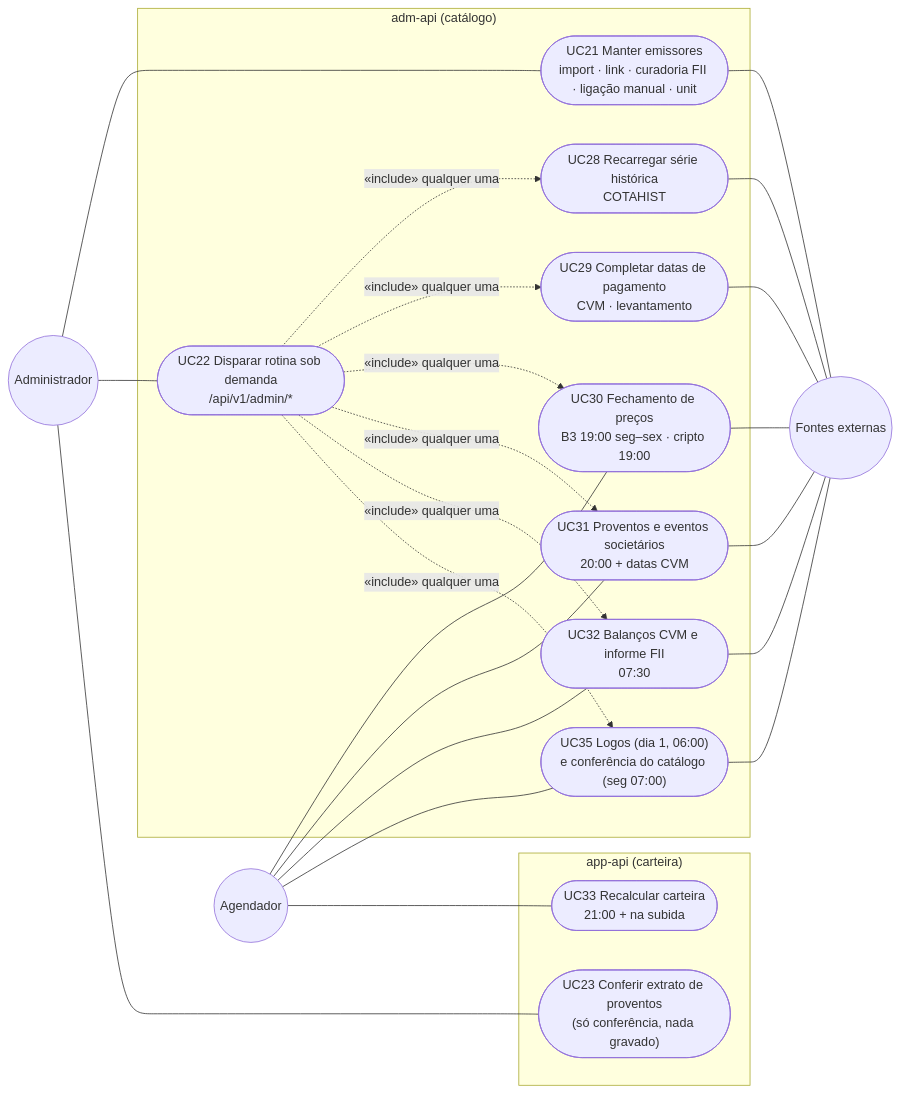
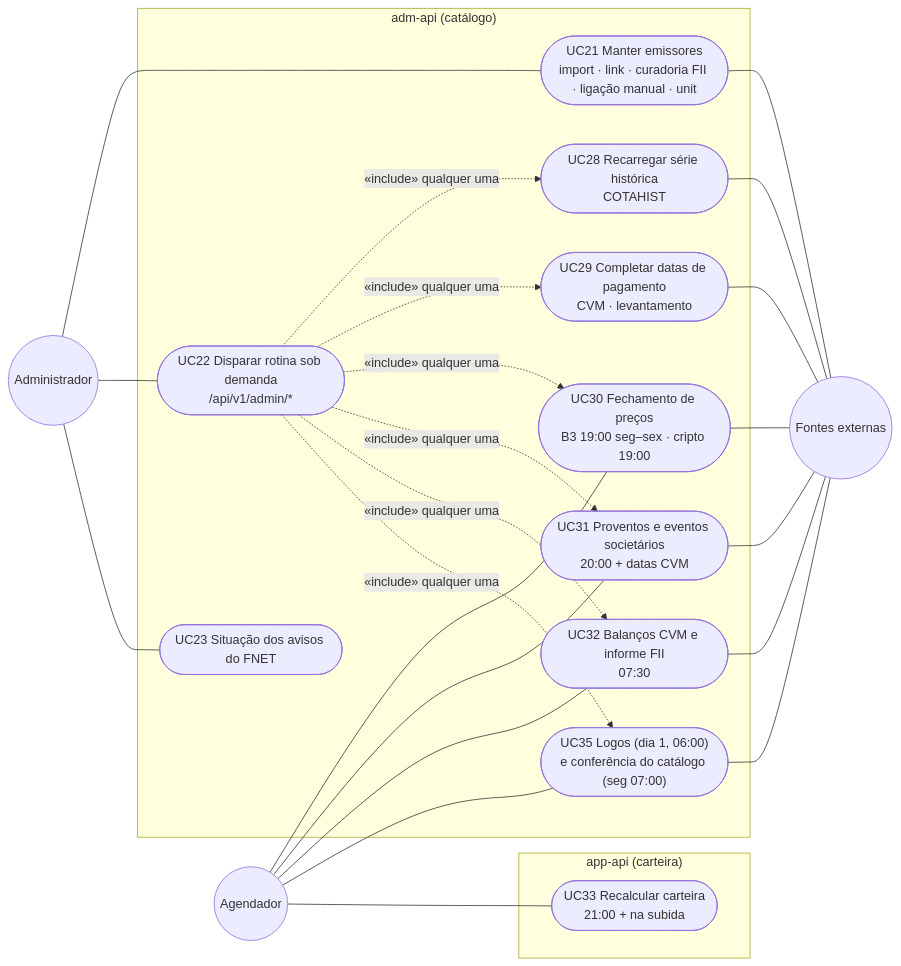
One commit to guilherme-dealmeida/activest changed the seventh of 8 diagrams in docs/USE_CASES.md. Above: the diagram before and after it, drawn with Mermaid. The commit also changed other lines of this file and 53 other files, not shown here.

````diff
--- a/docs/USE_CASES.md
+++ b/docs/USE_CASES.md
@@ -286,27 +286,27 @@
 ```mermaid
 flowchart LR
     adm(("Administrador"))
     sch(("Agendador"))
     ext(("Fontes externas"))
 
     subgraph ADM["adm-api (catálogo)"]
         uc21(["UC21 Manter emissores<br/>import · link · curadoria FII · ligação manual · unit"])
         uc22(["UC22 Disparar rotina sob demanda<br/>/api/v1/admin/*"])
         uc30(["UC30 Fechamento de preços<br/>B3 19:00 seg–sex · cripto 19:00"])
         uc31(["UC31 Proventos e eventos societários<br/>20:00 + datas CVM"])
         uc32(["UC32 Balanços CVM e informe FII<br/>07:30"])
         uc35(["UC35 Logos (dia 1, 06:00)<br/>e conferência do catálogo (seg 07:00)"])
         uc28(["UC28 Recarregar série histórica<br/>COTAHIST"])
         uc29(["UC29 Completar datas de pagamento<br/>CVM · levantamento"])
+        uc23(["UC23 Situação dos avisos do FNET"])
     end
 
     subgraph APP["app-api (carteira)"]
-        uc23(["UC23 Conferir extrato de proventos<br/>(só conferência, nada gravado)"])
         uc33(["UC33 Recalcular carteira<br/>21:00 + na subida"])
     end
 
     adm --- uc21 & uc22 & uc23
     sch --- uc30 & uc31 & uc32 & uc35 & uc33
     uc22 -.->|«include» qualquer uma| uc28 & uc29 & uc30 & uc31 & uc32 & uc35
     uc21 & uc28 & uc29 & uc30 & uc31 & uc32 & uc35 --- ext
 ```
````
